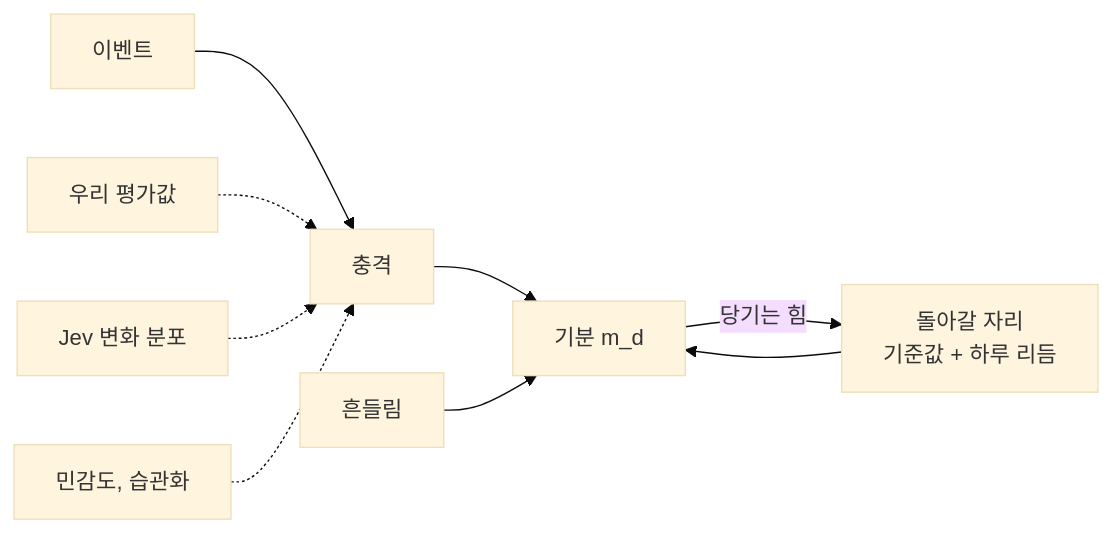
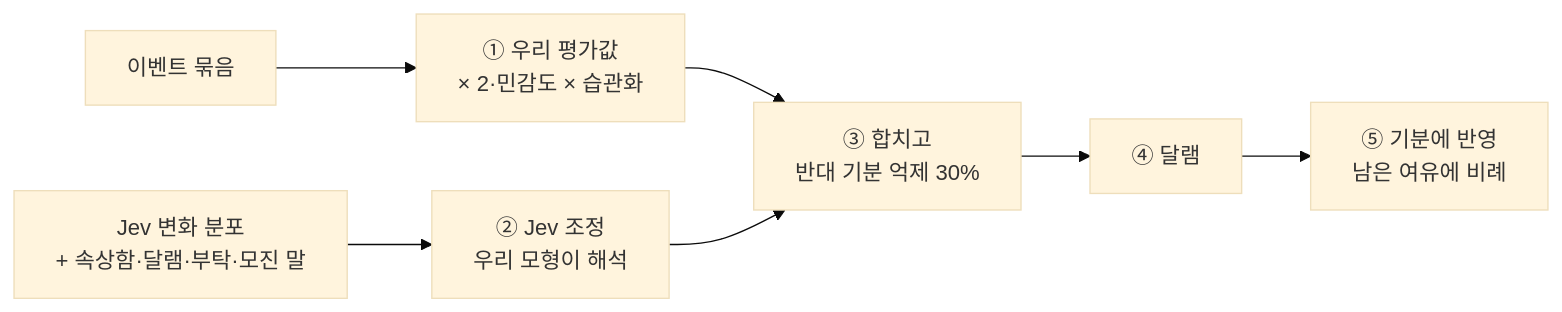
Before and after one commit to HEOSEONGILml/AssistantChatBot: the second of 9 diagrams in ARCHITECTURE.md, drawn with Mermaid (base theme). The commit also changed other lines of this file, not shown here.

Commit message:
docs: ARCHITECTURE 새로 작성(구조·동작만, 코드와 대조, 검수 이력은 요약 문서로)

````diff
--- a/ARCHITECTURE.md
+++ b/ARCHITECTURE.md
@@ -84,11 +103,9 @@
 ```mermaid
 flowchart LR
-  EV["이벤트"] --> J["충격"]
-  AP["우리 평가값"] -.-> J
-  PC["Jev 변화 분포"] -.-> J
-  SG["민감도, 습관화"] -.-> J
-  J --> M["기분 m_d"]
-  NZ["흔들림"] --> M
-  M -->|"당기는 힘"| HOME["돌아갈 자리<br>기준값 + 하루 리듬"]
-  HOME --> M
+  EV["이벤트 묶음"] --> AP["① 우리 평가값<br>× 2·민감도 × 습관화"]
+  JQ["Jev 변화 분포<br>+ 속상함·달램·부탁·모진 말"] --> JI["② Jev 조정<br>우리 모형이 해석"]
+  AP --> SUM["③ 합치고<br>반대 기분 억제 30%"]
+  JI --> SUM
+  SUM --> SO["④ 달램"]
+  SO --> M["⑤ 기분에 반영<br>남은 여유에 비례"]
 ```
````
